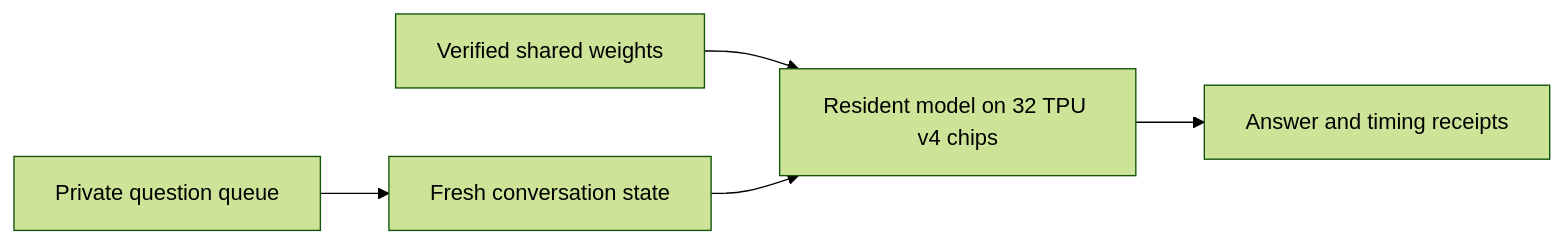
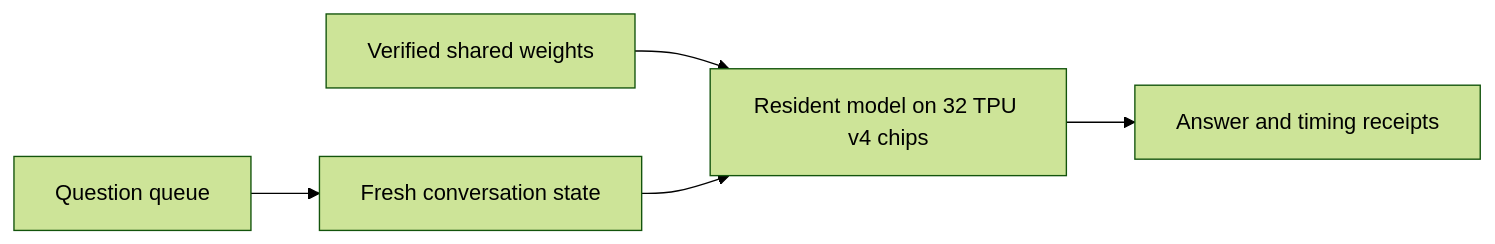
One commit to GianluigiVitale/glm-tpu changed the diagram in README.md. Above: the diagram before and after it, drawn with Mermaid (forest theme). The commit also changed other lines of this file and 18 other files, not shown here.

````diff
--- a/README.md
+++ b/README.md
@@ -35,7 +77,7 @@
 ```mermaid
 flowchart LR
     W[Verified shared weights] --> M[Resident model on 32 TPU v4 chips]
-    Q[Private question queue] --> P[Fresh conversation state]
+    Q[Question queue] --> P[Fresh conversation state]
     P --> M
     M --> A[Answer and timing receipts]
 ```
````
